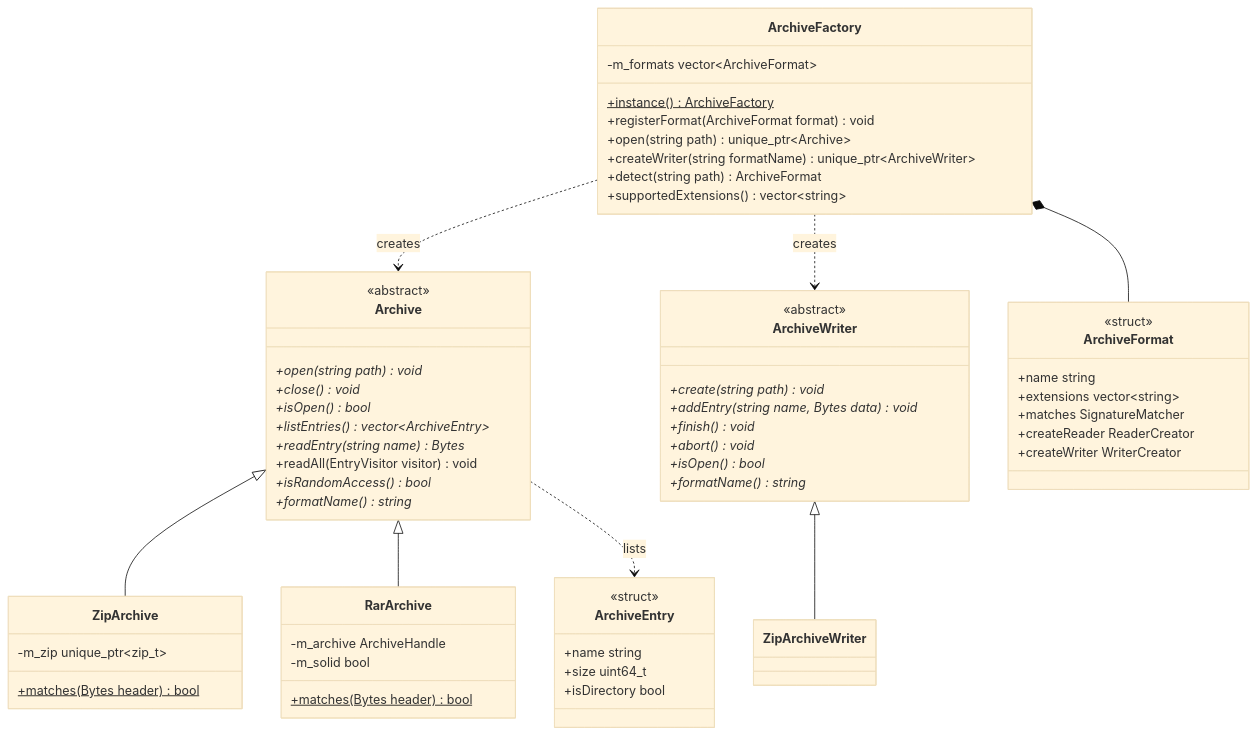
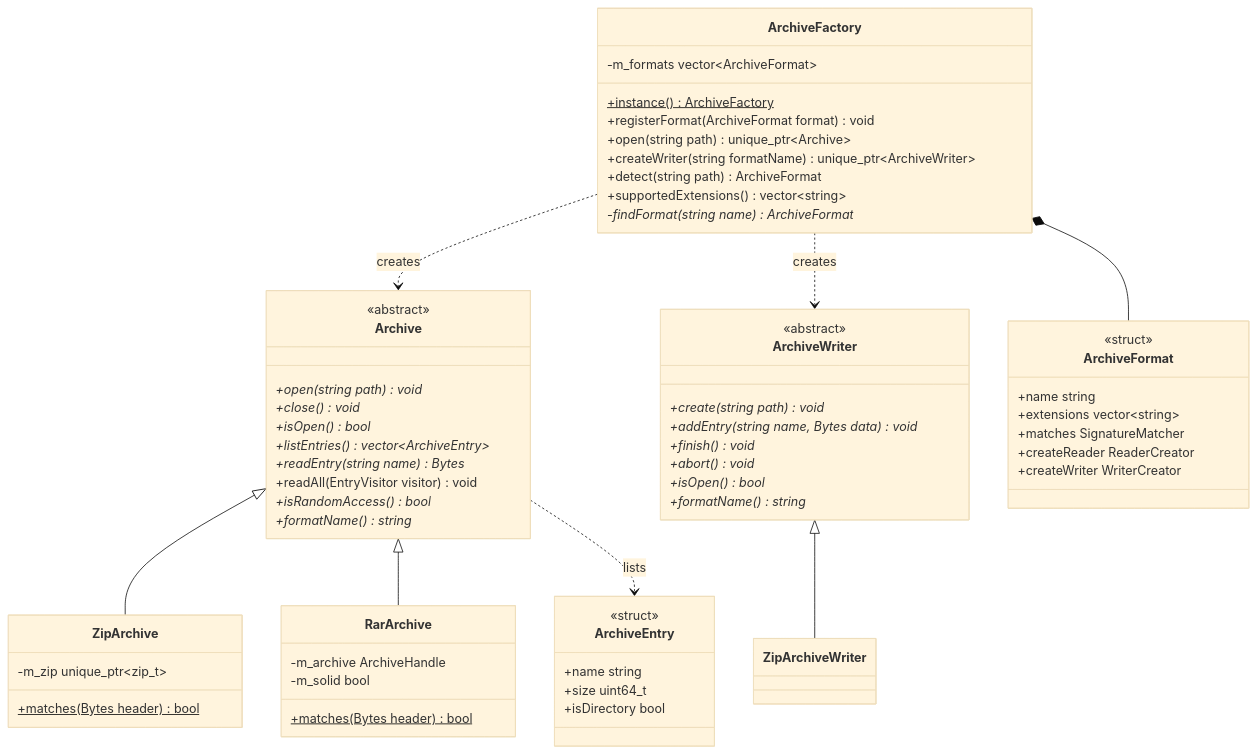
Before and after one commit to jvolima/comic-book: the third of 10 diagrams in src/docs/03-architecture.md, drawn with Mermaid (base theme). The commit also changed other lines of this file and 27 other files, not shown here.

````diff
--- a/src/docs/03-architecture.md
+++ b/src/docs/03-architecture.md
@@ -184,63 +185,64 @@
 ```mermaid
 classDiagram
     class Archive {
         <<abstract>>
         +open(string path) void*
         +close() void*
         +isOpen() bool*
         +listEntries() vector~ArchiveEntry~*
         +readEntry(string name) Bytes*
         +readAll(EntryVisitor visitor) void
         +isRandomAccess() bool*
         +formatName() string*
     }
     class ArchiveEntry {
         <<struct>>
         +name string
         +size uint64_t
         +isDirectory bool
     }
     class ZipArchive {
         +matches(Bytes header)$ bool
         -m_zip unique_ptr~zip_t~
     }
     class RarArchive {
         +matches(Bytes header)$ bool
         -m_archive ArchiveHandle
         -m_solid bool
     }
     class ArchiveWriter {
         <<abstract>>
         +create(string path) void*
         +addEntry(string name, Bytes data) void*
         +finish() void*
         +abort() void*
         +isOpen() bool*
         +formatName() string*
     }
     class ZipArchiveWriter
     class ArchiveFormat {
         <<struct>>
         +name string
         +extensions vector~string~
         +matches SignatureMatcher
         +createReader ReaderCreator
         +createWriter WriterCreator
     }
     class ArchiveFactory {
         +instance()$ ArchiveFactory
         +registerFormat(ArchiveFormat format) void
         +open(string path) unique_ptr~Archive~
         +createWriter(string formatName) unique_ptr~ArchiveWriter~
         +detect(string path) ArchiveFormat
         +supportedExtensions() vector~string~
         -m_formats vector~ArchiveFormat~
+        -findFormat(string name) ArchiveFormat*
     }
     Archive <|-- ZipArchive
     Archive <|-- RarArchive
     Archive ..> ArchiveEntry : lists
     ArchiveWriter <|-- ZipArchiveWriter
     ArchiveFactory *-- ArchiveFormat
     ArchiveFactory ..> Archive : creates
     ArchiveFactory ..> ArchiveWriter : creates
 ```
````
